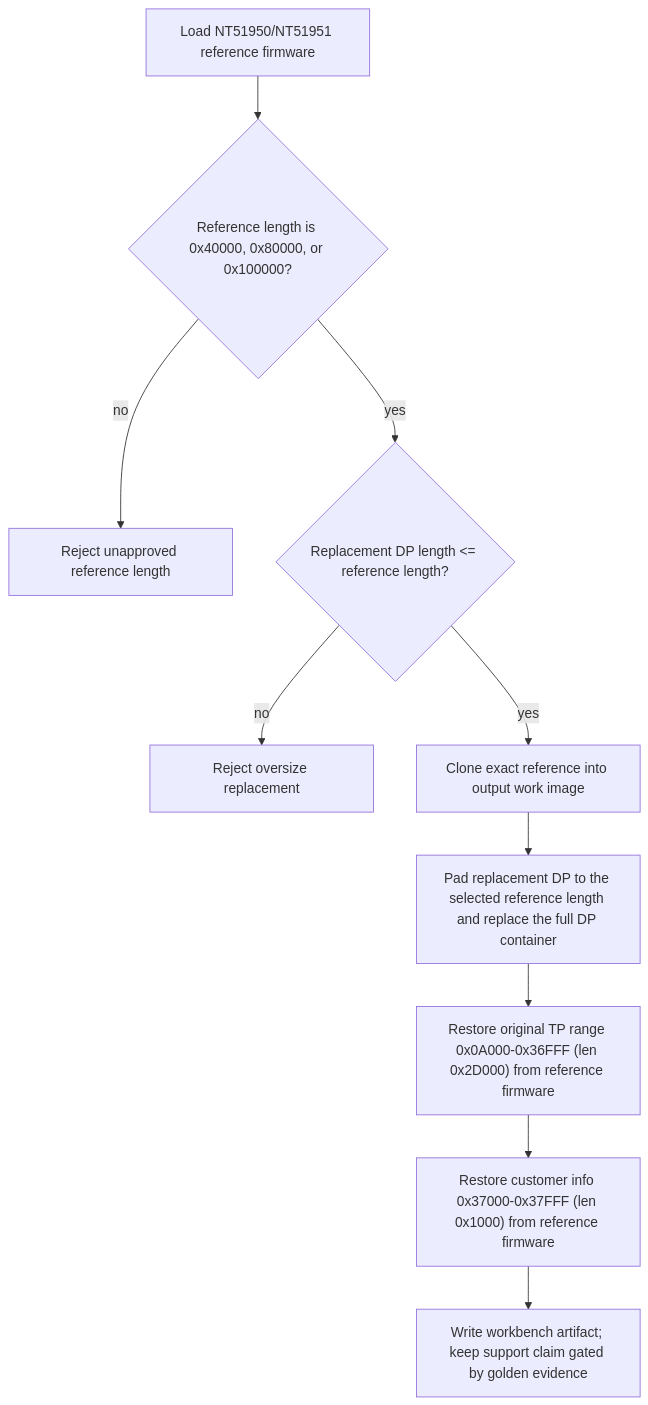
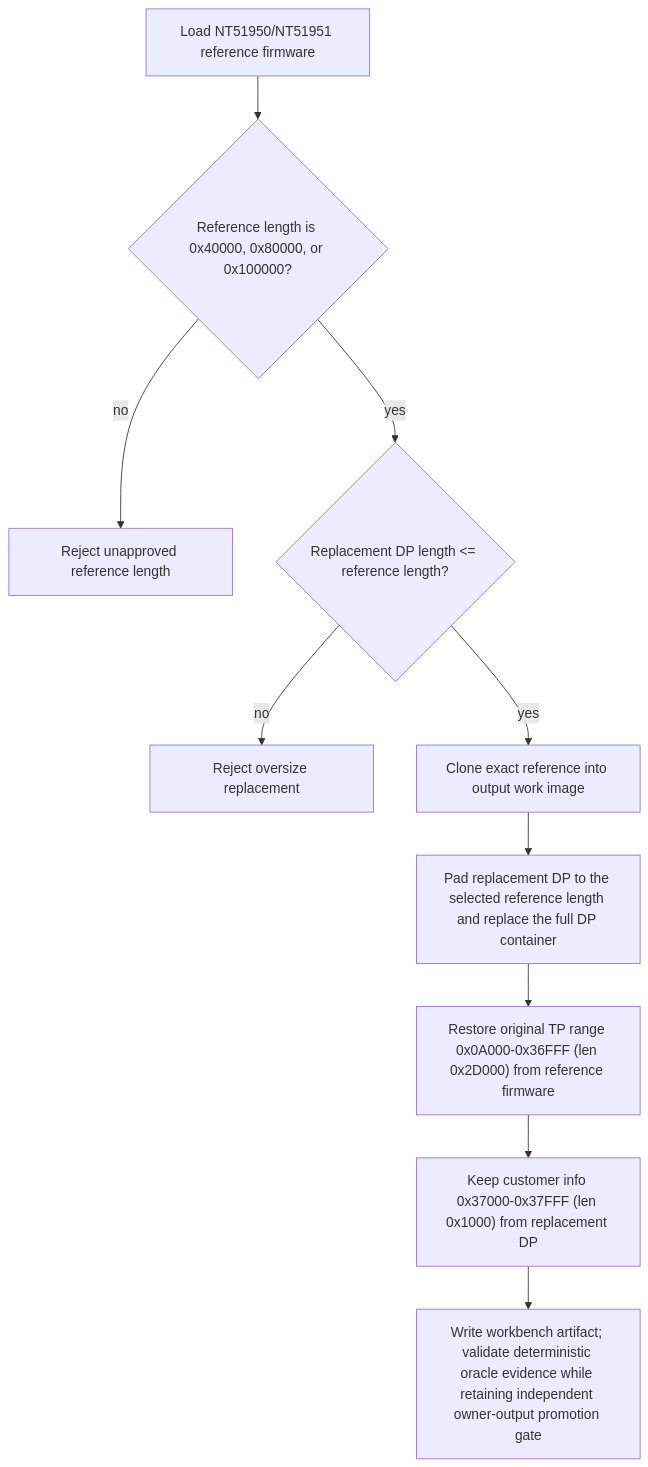
The sixth of 12 diagrams in docs/architecture/ic-workflow-flowcharts.md (Dennis40816/nvt_fw_combiner), drawn with Mermaid before and after one commit. The commit also changed 31 other files, not shown here.

````diff
--- a/docs/architecture/ic-workflow-flowcharts.md
+++ b/docs/architecture/ic-workflow-flowcharts.md
@@ -154,12 +154,12 @@
 ```mermaid
 flowchart TD
     A["Load NT51950/NT51951 reference firmware"] --> B{"Reference length is 0x40000, 0x80000, or 0x100000?"}
     B -- "no" --> C["Reject unapproved reference length"]
     B -- "yes" --> D{"Replacement DP length <= reference length?"}
     D -- "no" --> E["Reject oversize replacement"]
     D -- "yes" --> F["Clone exact reference into output work image"]
     F --> G["Pad replacement DP to the selected reference length and replace the full DP container"]
     G --> H["Restore original TP range 0x0A000-0x36FFF (len 0x2D000) from reference firmware"]
-    H --> I["Restore customer info 0x37000-0x37FFF (len 0x1000) from reference firmware"]
-    I --> J["Write workbench artifact; keep support claim gated by golden evidence"]
+    H --> I["Keep customer info 0x37000-0x37FFF (len 0x1000) from replacement DP"]
+    I --> J["Write workbench artifact; validate deterministic oracle evidence while retaining independent owner-output promotion gate"]
 ```
````
